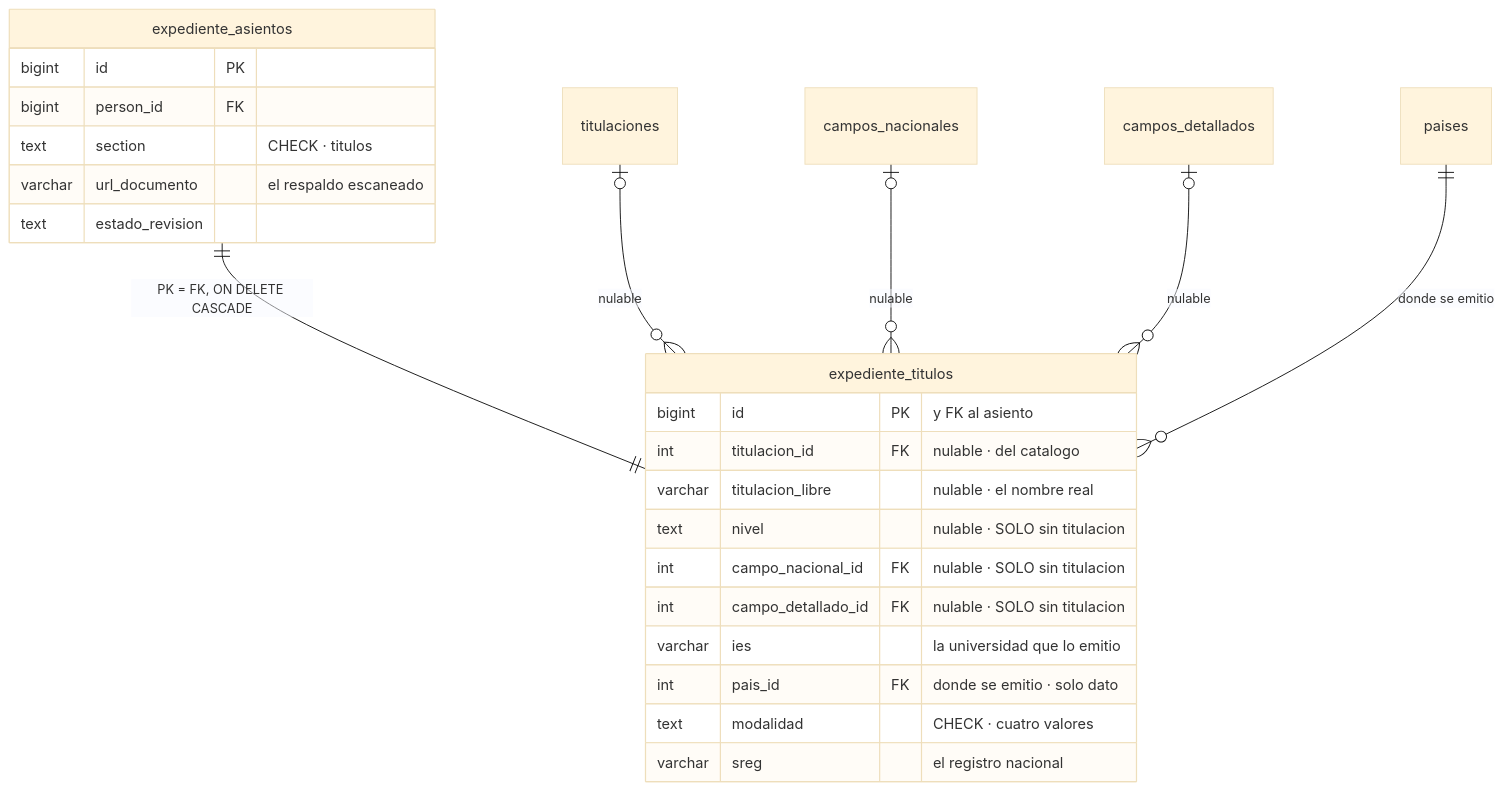
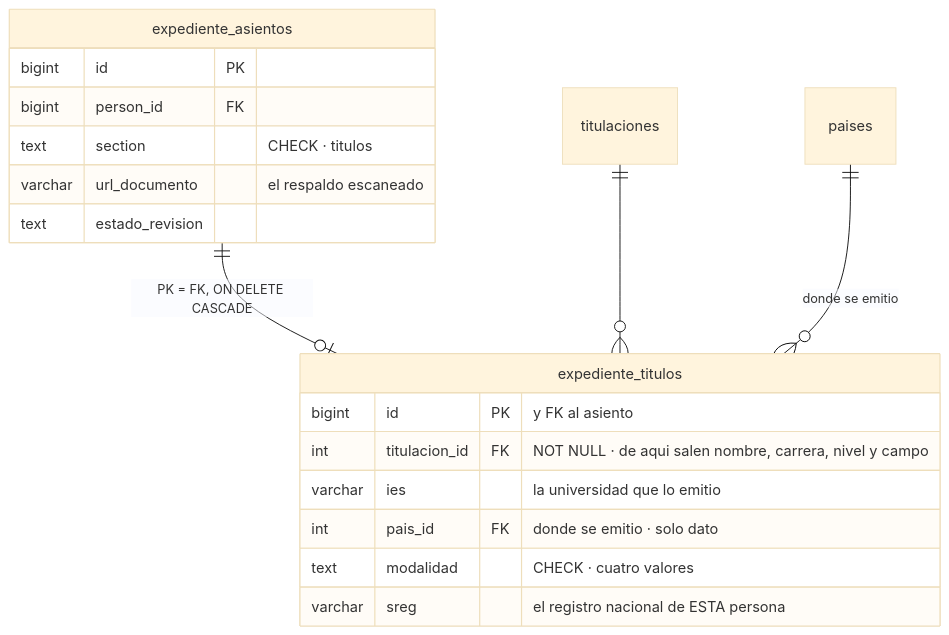
One commit to fresvel/deasy changed the sixth of 8 diagrams in docs/src/content/docs/complemento/expediente.md. Above: the diagram before and after it, drawn with Mermaid (base theme). The commit also changed other lines of this file and 1 other file, not shown here.

First line of the commit message:
docs(expediente): fuera el texto libre, una sola relacion a la norma, y el subtipo bien dibujado

````diff
--- a/docs/src/content/docs/complemento/expediente.md
+++ b/docs/src/content/docs/complemento/expediente.md
@@ -409,29 +421,23 @@
 ```mermaid
 erDiagram
-  expediente_asientos ||--|| expediente_titulos : "PK = FK, ON DELETE CASCADE"
-  titulaciones |o--o{ expediente_titulos : "nulable"
-  campos_nacionales |o--o{ expediente_titulos : "nulable"
-  campos_detallados |o--o{ expediente_titulos : "nulable"
+  expediente_asientos ||--o| expediente_titulos : "PK = FK, ON DELETE CASCADE"
+  titulaciones ||--o{ expediente_titulos : ""
   paises ||--o{ expediente_titulos : "donde se emitio"
 
   expediente_asientos {
     bigint id PK
     bigint person_id FK
     text section "CHECK · titulos"
     varchar url_documento "el respaldo escaneado"
     text estado_revision
   }
 
   expediente_titulos {
     bigint id PK "y FK al asiento"
-    int titulacion_id FK "nulable · del catalogo"
-    varchar titulacion_libre "nulable · el nombre real"
-    text nivel "nulable · SOLO sin titulacion"
-    int campo_nacional_id FK "nulable · SOLO sin titulacion"
-    int campo_detallado_id FK "nulable · SOLO sin titulacion"
+    int titulacion_id FK "NOT NULL · de aqui salen nombre, carrera, nivel y campo"
     varchar ies "la universidad que lo emitio"
     int pais_id FK "donde se emitio · solo dato"
     text modalidad "CHECK · cuatro valores"
-    varchar sreg "el registro nacional"
+    varchar sreg "el registro nacional de ESTA persona"
   }
 ```
````
